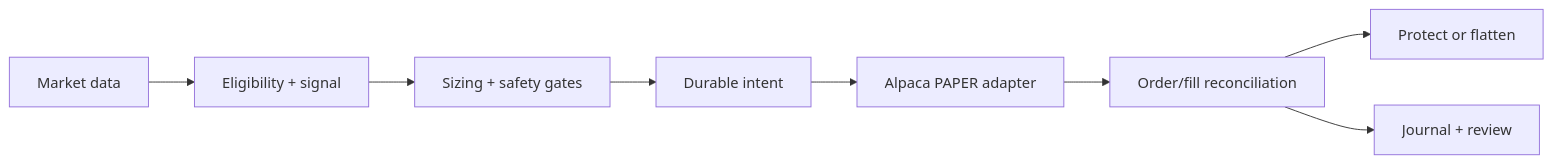
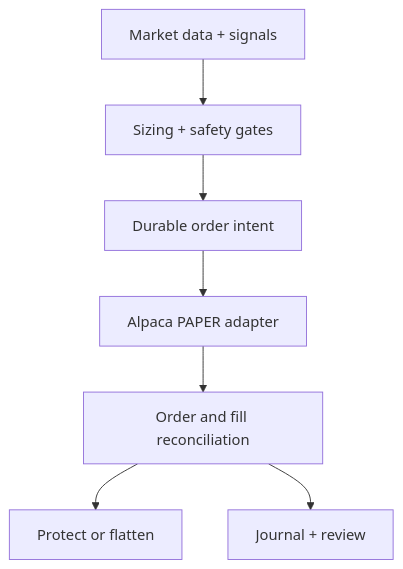
The diagram in README.md (Advaita-G/orb-iex-showcase), drawn with Mermaid before and after one commit. The commit also changed other lines of this file, not shown here.

````diff
--- a/README.md
+++ b/README.md
@@ -17,10 +16,9 @@
 ```mermaid
-flowchart LR
-    Data["Market data"] --> Signal["Eligibility + signal"]
-    Signal --> Risk["Sizing + safety gates"]
-    Risk --> Intent["Durable intent"]
+flowchart TD
+    Data["Market data + signals"] --> Risk["Sizing + safety gates"]
+    Risk --> Intent["Durable order intent"]
     Intent --> Broker["Alpaca PAPER adapter"]
-    Broker --> Reconcile["Order/fill reconciliation"]
+    Broker --> Reconcile["Order and fill reconciliation"]
     Reconcile --> Protect["Protect or flatten"]
     Reconcile --> Journal["Journal + review"]
 ```
````
